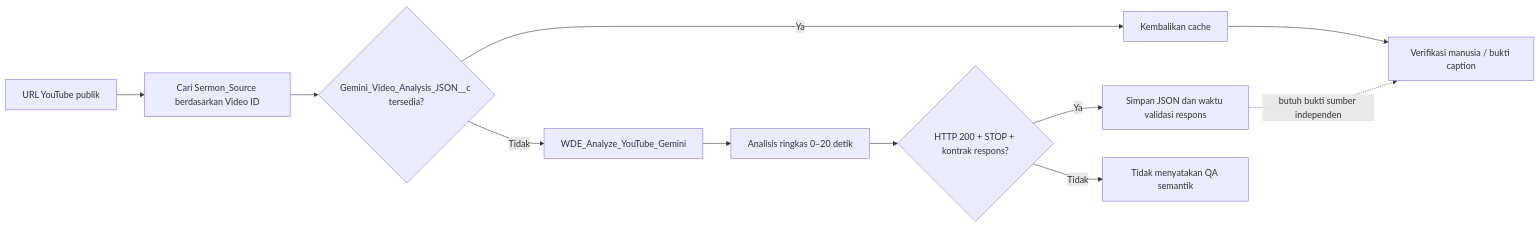
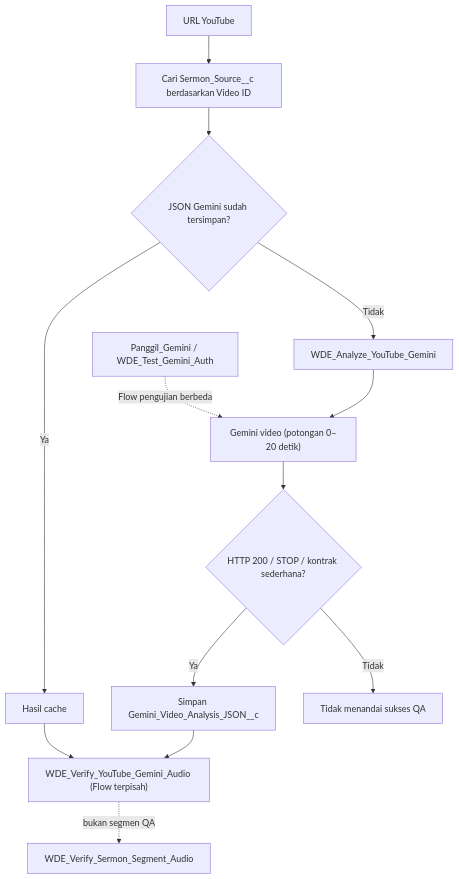
The tenth of 28 diagrams in SADD-WDE.md (jimmytobing/Syntetic-Wisdom), drawn with Mermaid before and after one commit. The commit also changed other lines of this file, not shown here.

Commit message:
docs(wde): align visual SADD with two-workflow cleanup and label all Salesforce flows

````diff
--- a/SADD-WDE.md
+++ b/SADD-WDE.md
@@ -211,13 +213,15 @@
 ```mermaid
-flowchart LR
-  Y["URL YouTube publik"] --> LOOK["Cari Sermon_Source berdasarkan Video ID"]
-  LOOK --> CACHE{"Gemini_Video_Analysis_JSON__c tersedia?"}
-  CACHE -- "Ya" --> RETURN["Kembalikan cache"]
-  CACHE -- "Tidak" --> GEM["WDE_Analyze_YouTube_Gemini"]
-  GEM --> FIRST["Analisis ringkas 0–20 detik"]
-  FIRST --> GATE{"HTTP 200 + STOP + kontrak respons?"}
-  GATE -- "Ya" --> STORE["Simpan JSON dan waktu validasi respons"]
-  GATE -- "Tidak" --> NO["Tidak menyatakan QA semantik"]
-  STORE -. "butuh bukti sumber independen" .-> HUMAN["Verifikasi manusia / bukti caption"]
-  RETURN --> HUMAN
+flowchart TD
+  Y["URL YouTube"] --> LOOK["Cari Sermon_Source__c berdasarkan Video ID"]
+  LOOK --> CACHE{"JSON Gemini sudah tersimpan?"}
+  CACHE -- "Ya" --> RETURN["Hasil cache"]
+  CACHE -- "Tidak" --> ANALYZE["WDE_Analyze_YouTube_Gemini"]
+  ANALYZE --> GEM["Gemini video (potongan 0–20 detik)"]
+  GEM --> STATUS{"HTTP 200 / STOP / kontrak sederhana?"}
+  STATUS -- "Ya" --> SAVE["Simpan Gemini_Video_Analysis_JSON__c"]
+  STATUS -- "Tidak" --> FAIL["Tidak menandai sukses QA"]
+  SAVE --> SOURCEQA["WDE_Verify_YouTube_Gemini_Audio (Flow terpisah)"]
+  RETURN --> SOURCEQA
+  SOURCEQA -. "bukan segmen QA" .-> SEGQA["WDE_Verify_Sermon_Segment_Audio"]
+  TEST["Panggil_Gemini / WDE_Test_Gemini_Auth"] -. "Flow pengujian berbeda" .-> GEM
 ```
````
